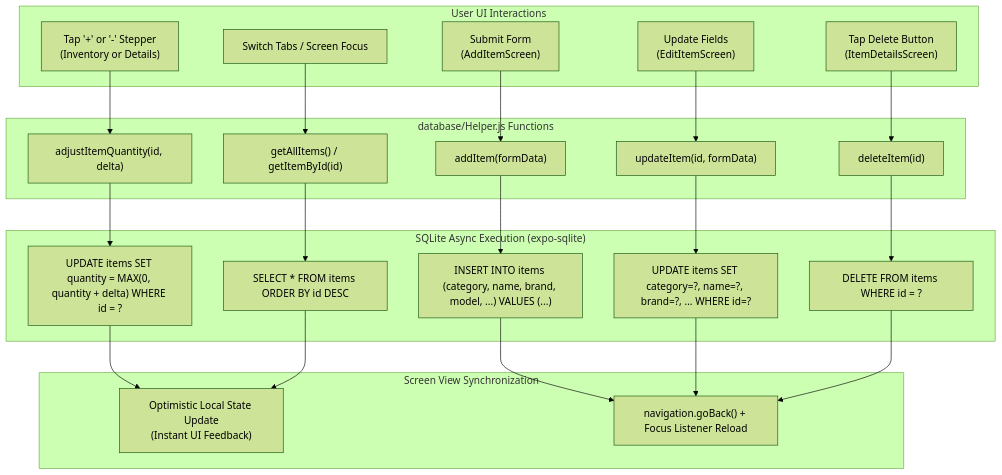
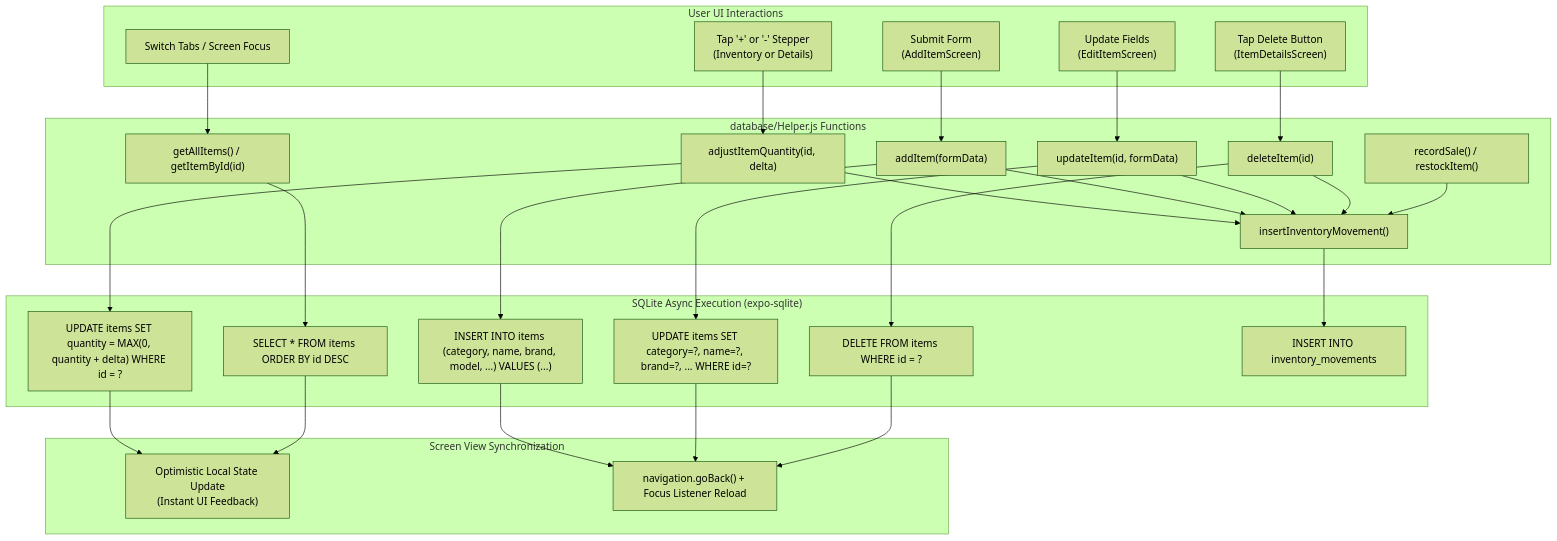
The fourth of 6 diagrams in docs/ARCHITECTURE.md (teqperts/cellventory), drawn with Mermaid (forest theme) before and after one commit. The commit also changed other lines of this file and 13 other files, not shown here.

First line of the commit message:
feat(inventory): add stock movement history

````diff
--- a/docs/ARCHITECTURE.md
+++ b/docs/ARCHITECTURE.md
@@ -158,37 +158,45 @@
 ```mermaid
 flowchart TD
     subgraph UI_Triggers["User UI Interactions"]
         A1["Tap '+' or '-' Stepper\n(Inventory or Details)"]
         A2["Submit Form\n(AddItemScreen)"]
         A3["Update Fields\n(EditItemScreen)"]
         A4["Tap Delete Button\n(ItemDetailsScreen)"]
         A5["Switch Tabs / Screen Focus"]
     end
 
     subgraph DB_Helper["database/Helper.js Functions"]
         B1["adjustItemQuantity(id, delta)"]
         B2["addItem(formData)"]
         B3["updateItem(id, formData)"]
         B4["deleteItem(id)"]
         B5["getAllItems() / getItemById(id)"]
+        B6["recordSale() / restockItem()"]
+        B7["insertInventoryMovement()"]
     end
 
     subgraph SQLite_Operations["SQLite Async Execution (expo-sqlite)"]
         C1["UPDATE items SET quantity = MAX(0, quantity + delta) WHERE id = ?"]
         C2["INSERT INTO items (category, name, brand, model, ...) VALUES (...)"]
         C3["UPDATE items SET category=?, name=?, brand=?, ... WHERE id=?"]
         C4["DELETE FROM items WHERE id = ?"]
         C5["SELECT * FROM items ORDER BY id DESC"]
+        C6["INSERT INTO inventory_movements"]
     end
 
     subgraph Reactive_Refresh["Screen View Synchronization"]
         D1["Optimistic Local State Update\n(Instant UI Feedback)"]
         D2["navigation.goBack() + Focus Listener Reload"]
     end
 
     A1 --> B1 --> C1 --> D1
     A2 --> B2 --> C2 --> D2
     A3 --> B3 --> C3 --> D2
     A4 --> B4 --> C4 --> D2
     A5 --> B5 --> C5 --> D1
+    B1 --> B7 --> C6
+    B2 --> B7
+    B3 --> B7
+    B4 --> B7
+    B6 --> B7
 ```
````
